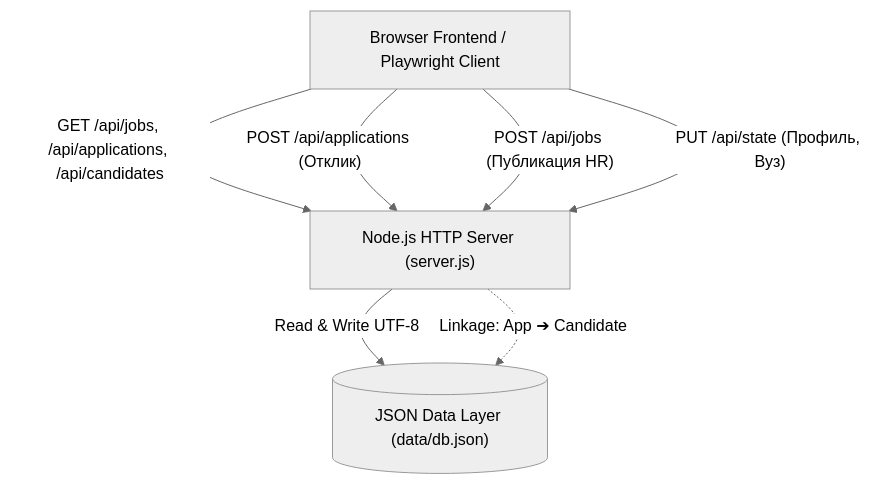
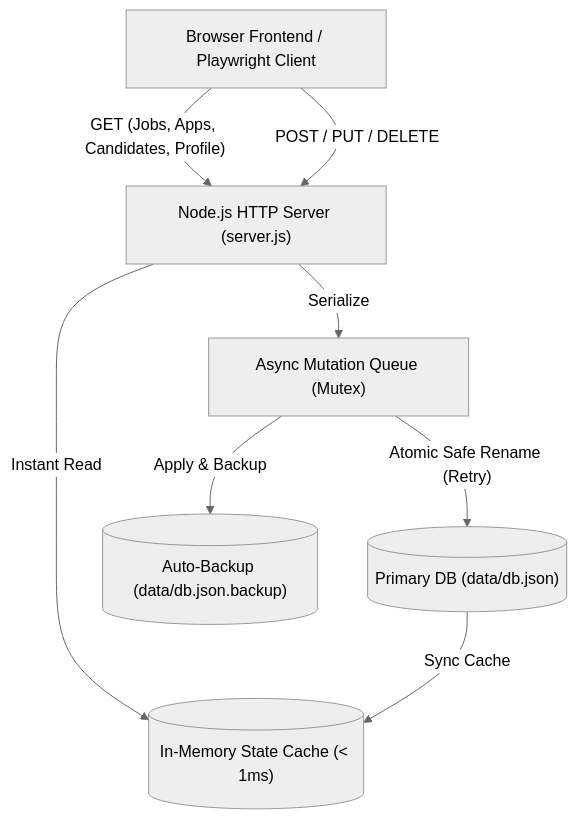
Before and after one commit to StraySun/Buddie: the diagram in .agents/skills/backend-data-agent/SKILL.md, drawn with Mermaid (neutral theme). The commit also changed other lines of this file and 4 other files, not shown here.

Commit message:
feat(backend): implement zero-data-loss architecture, in-memory caching, and transaction queue

````diff
--- a/.agents/skills/backend-data-agent/SKILL.md
+++ b/.agents/skills/backend-data-agent/SKILL.md
@@ -22,14 +24,17 @@
 ```mermaid
 flowchart TD
     Client["Browser Frontend / Playwright Client"]
     Server["Node.js HTTP Server (server.js)"]
-    DB[("JSON Data Layer (data/db.json)")]
+    Memory[("In-Memory State Cache (< 1ms)")]
+    Queue["Async Mutation Queue (Mutex)"]
+    DB[("Primary DB (data/db.json)")]
+    Backup[("Auto-Backup (data/db.json.backup)")]
 
-    Client -->|"GET /api/jobs, /api/applications, /api/candidates"| Server
-    Client -->|"POST /api/applications (Отклик)"| Server
-    Client -->|"POST /api/jobs (Публикация HR)"| Server
-    Client -->|"PUT /api/state (Профиль, Вуз)"| Server
-
-    Server -->|"Read & Write UTF-8"| DB
-    Server -.->|"Linkage: App ➔ Candidate"| DB
+    Client -->|"GET (Jobs, Apps, Candidates, Profile)"| Server
+    Server -->|"Instant Read"| Memory
+    Client -->|"POST / PUT / DELETE"| Server
+    Server -->|"Serialize"| Queue
+    Queue -->|"Apply & Backup"| Backup
+    Queue -->|"Atomic Safe Rename (Retry)"| DB
+    DB -->|"Sync Cache"| Memory
 ```
````
